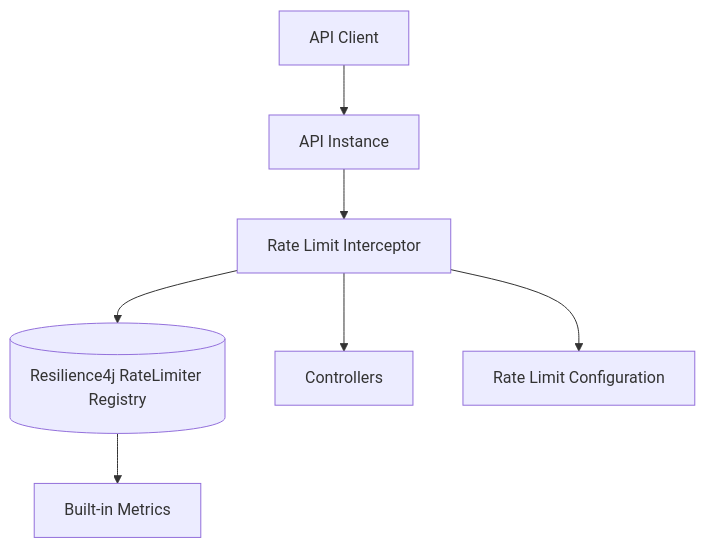
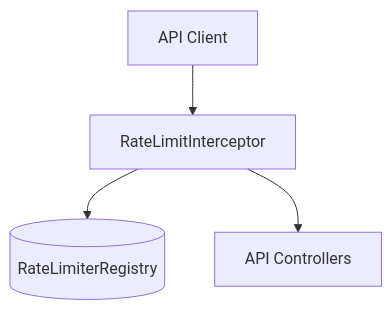
One commit to seanseannery/api-in-a-box changed the first of 5 diagrams in .kiro/specs/api-rate-limiting/design.md. Above: the diagram before and after it, drawn with Mermaid. The commit also changed other lines of this file and 16 other files, not shown here.

````diff
--- a/.kiro/specs/api-rate-limiting/design.md
+++ b/.kiro/specs/api-rate-limiting/design.md
@@ -13,9 +21,6 @@
 ```mermaid
 graph TB
-    Client[API Client] --> API[API Instance]
-    API --> Interceptor[Rate Limit Interceptor]
-    Interceptor --> R4J[(Resilience4j RateLimiter Registry)]
-    Interceptor --> Controller[Controllers]
-    R4J --> Metrics[Built-in Metrics]
-    Interceptor --> Config[Rate Limit Configuration]
+    Client[API Client] --> Interceptor[RateLimitInterceptor]
+    Interceptor --> Registry[(RateLimiterRegistry)]
+    Interceptor --> Controller[API Controllers]
 ```
````
